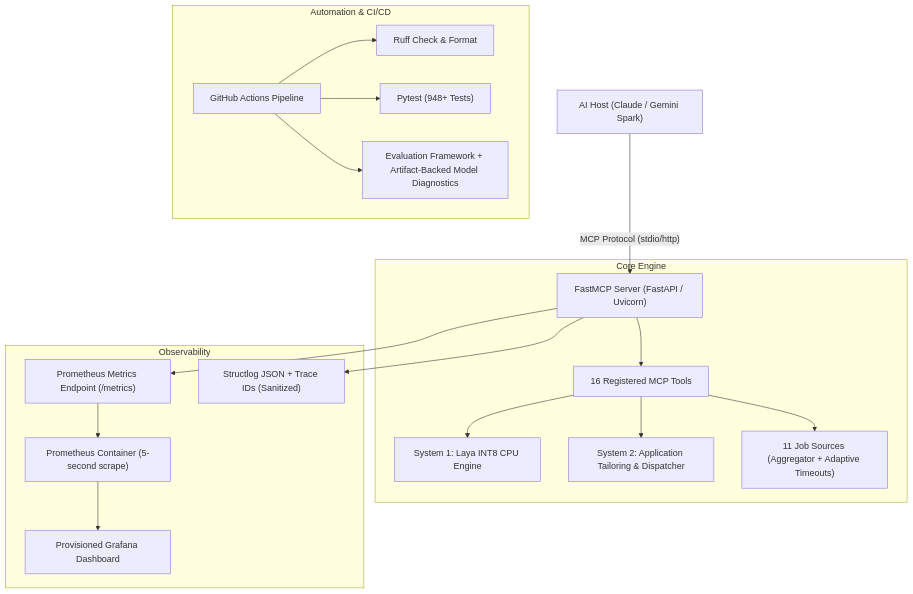
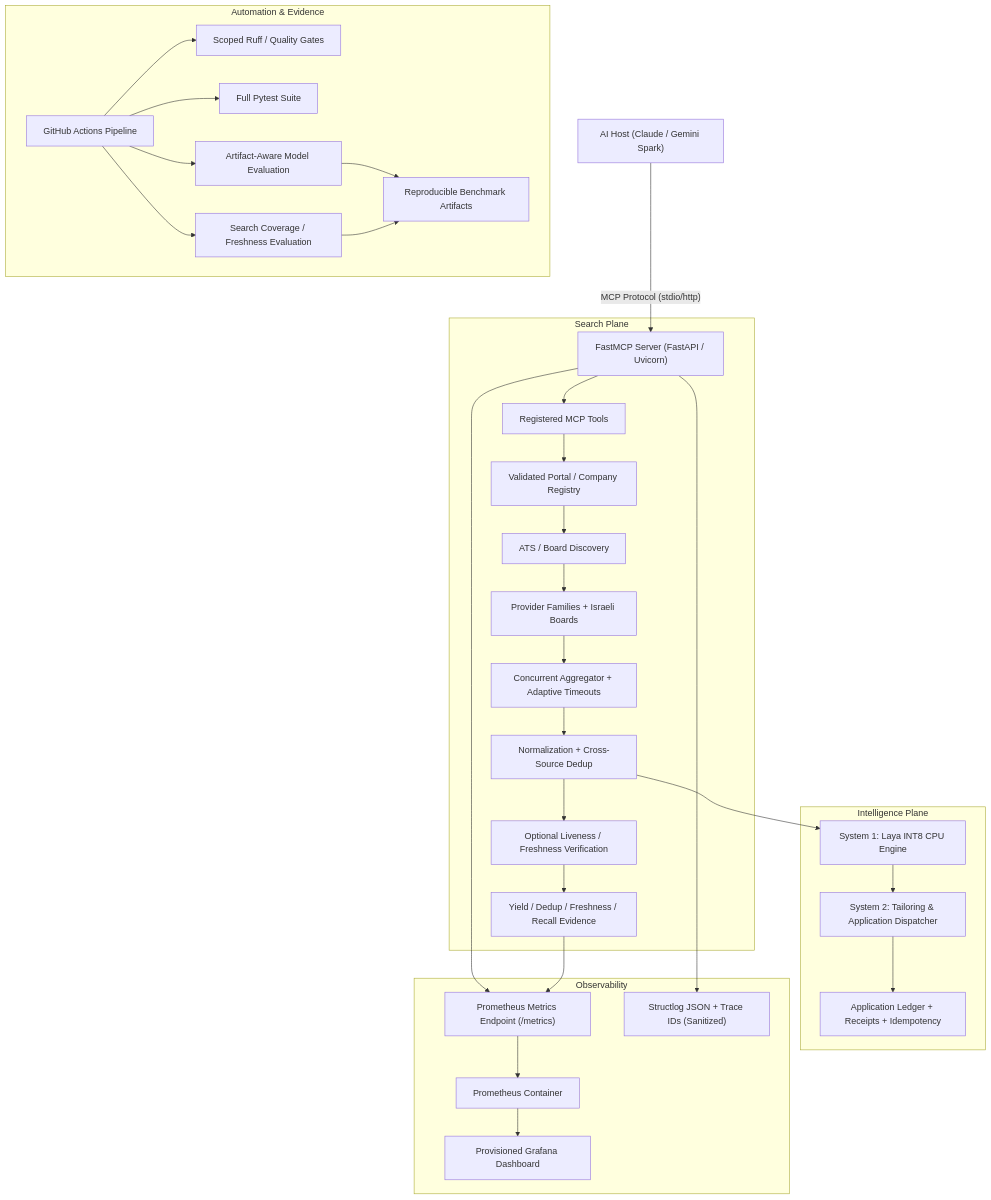
One commit to zvieli/TechJobMCP changed the diagram in specs/SPEC_PRODUCTION_ENHANCEMENT.md. Above: the diagram before and after it, drawn with Mermaid. The commit also changed other lines of this file, not shown here.

````diff
--- a/specs/SPEC_PRODUCTION_ENHANCEMENT.md
+++ b/specs/SPEC_PRODUCTION_ENHANCEMENT.md
@@ -35,26 +74,39 @@
 ```mermaid
 flowchart TD
     Client["AI Host (Claude / Gemini Spark)"] -->|"MCP Protocol (stdio/http)"| Server["FastMCP Server (FastAPI / Uvicorn)"]
-    
-    subgraph Core Engine
-        Server --> Tools["16 Registered MCP Tools"]
-        Tools --> S1["System 1: Laya INT8 CPU Engine"]
-        Tools --> S2["System 2: Application Tailoring & Dispatcher"]
-        Tools --> Sources["11 Job Sources (Aggregator + Adaptive Timeouts)"]
+
+    subgraph Search Plane
+        Server --> Tools["Registered MCP Tools"]
+        Tools --> Registry["Validated Portal / Company Registry"]
+        Registry --> Discovery["ATS / Board Discovery"]
+        Discovery --> Sources["Provider Families + Israeli Boards"]
+        Sources --> Aggregator["Concurrent Aggregator + Adaptive Timeouts"]
+        Aggregator --> Normalize["Normalization + Cross-Source Dedup"]
+        Normalize --> Verify["Optional Liveness / Freshness Verification"]
+        Verify --> SearchMetrics["Yield / Dedup / Freshness / Recall Evidence"]
+    end
+
+    subgraph Intelligence Plane
+        Normalize --> S1["System 1: Laya INT8 CPU Engine"]
+        S1 --> S2["System 2: Tailoring & Application Dispatcher"]
+        S2 --> Ledger["Application Ledger + Receipts + Idempotency"]
     end
 
     subgraph Observability
         Server --> Metrics["Prometheus Metrics Endpoint (/metrics)"]
         Server --> Logs["Structlog JSON + Trace IDs (Sanitized)"]
-        Metrics --> Prom["Prometheus Container (5-second scrape)"]
+        SearchMetrics --> Metrics
+        Metrics --> Prom["Prometheus Container"]
         Prom --> Grafana["Provisioned Grafana Dashboard"]
     end
 
-    subgraph Automation & CI/CD
+    subgraph Automation & Evidence
         GH["GitHub Actions Pipeline"]
-        GH --> Lint["Ruff Check & Format"]
-        GH --> UnitTests["Pytest (948+ Tests)"]
-        GH --> EvalGate["Evaluation Framework + Artifact-Backed Model Diagnostics"]
+        GH --> Lint["Scoped Ruff / Quality Gates"]
+        GH --> UnitTests["Full Pytest Suite"]
+        GH --> EvalGate["Artifact-Aware Model Evaluation"]
+        GH --> SearchEval["Search Coverage / Freshness Evaluation"]
+        EvalGate --> BenchDocs["Reproducible Benchmark Artifacts"]
+        SearchEval --> BenchDocs
     end
-
 ```
````
